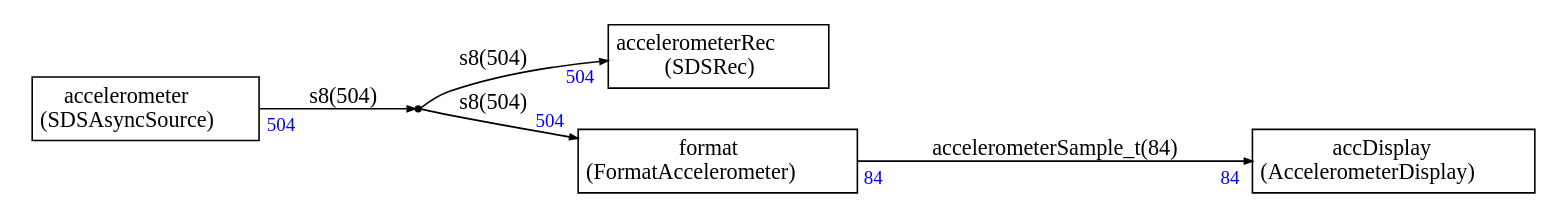
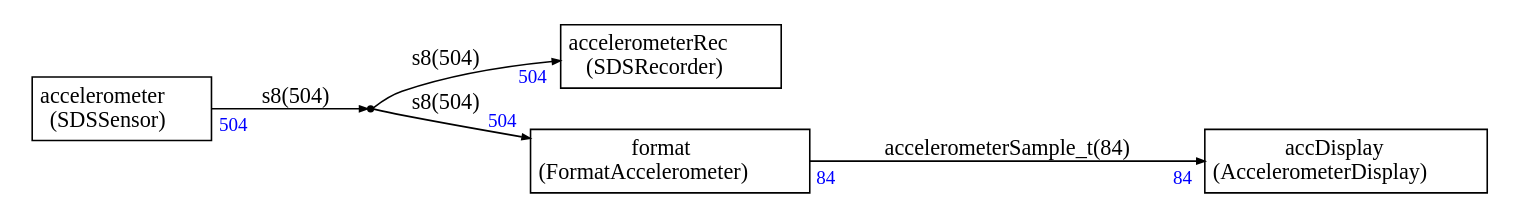
Before and after one commit to christophe0606/SDS-Framework: the diagram in demo/Stream/demo.dot, drawn with Graphviz. The commit also changed 13 other files, not shown here.

```diff
--- a/demo/Stream/demo.dot
+++ b/demo/Stream/demo.dot
@@ -1,69 +1,69 @@
 
 
 
 
 digraph structs {
     node [shape=plaintext]
     rankdir=LR
     edge [arrowsize=0.5]
     fontname="times"
 
 
 accDisplay [label=<
 <TABLE BORDER="0" CELLBORDER="1" CELLSPACING="0" CELLPADDING="4">
   <TR>
     <TD ALIGN="CENTER" PORT="i">accDisplay<BR/>(AccelerometerDisplay)</TD>
   </TR>
 </TABLE>>];
 
 accelerometer [label=<
 <TABLE BORDER="0" CELLBORDER="1" CELLSPACING="0" CELLPADDING="4">
   <TR>
-    <TD ALIGN="CENTER" PORT="i">accelerometer<BR/>(SDSAsyncSource)</TD>
+    <TD ALIGN="CENTER" PORT="i">accelerometer<BR/>(SDSSensor)</TD>
   </TR>
 </TABLE>>];
 
 accelerometerRec [label=<
 <TABLE BORDER="0" CELLBORDER="1" CELLSPACING="0" CELLPADDING="4">
   <TR>
-    <TD ALIGN="CENTER" PORT="i">accelerometerRec<BR/>(SDSRec)</TD>
+    <TD ALIGN="CENTER" PORT="i">accelerometerRec<BR/>(SDSRecorder)</TD>
   </TR>
 </TABLE>>];
 
 dup0 [shape=point,label=dup0]
 
 format [label=<
 <TABLE BORDER="0" CELLBORDER="1" CELLSPACING="0" CELLPADDING="4">
   <TR>
     <TD ALIGN="CENTER" PORT="i">format<BR/>(FormatAccelerometer)</TD>
   </TR>
 </TABLE>>];
 
 
 
 format:i -> accDisplay:i [label="accelerometerSample_t(84)"
 ,headlabel=<<TABLE BORDER="0" CELLPADDING="2"><TR><TD><FONT COLOR="blue" POINT-SIZE="12.0" >84</FONT>
 </TD></TR></TABLE>>
 ,taillabel=<<TABLE BORDER="0" CELLPADDING="2"><TR><TD><FONT COLOR="blue" POINT-SIZE="12.0" >84</FONT>
 </TD></TR></TABLE>>]
 
 accelerometer:i ->  
 dup0 [label="s8(504)"
 
 ,taillabel=<<TABLE BORDER="0" CELLPADDING="2"><TR><TD><FONT COLOR="blue" POINT-SIZE="12.0" >504</FONT>
 </TD></TR></TABLE>>]
 
  
 dup0 -> format:i [label="s8(504)"
 ,headlabel=<<TABLE BORDER="0" CELLPADDING="2"><TR><TD><FONT COLOR="blue" POINT-SIZE="12.0" >504</FONT>
 </TD></TR></TABLE>>
 ]
 
  
 dup0 -> accelerometerRec:i [label="s8(504)"
 ,headlabel=<<TABLE BORDER="0" CELLPADDING="2"><TR><TD><FONT COLOR="blue" POINT-SIZE="12.0" >504</FONT>
 </TD></TR></TABLE>>
 ]
 
 
 }
```
